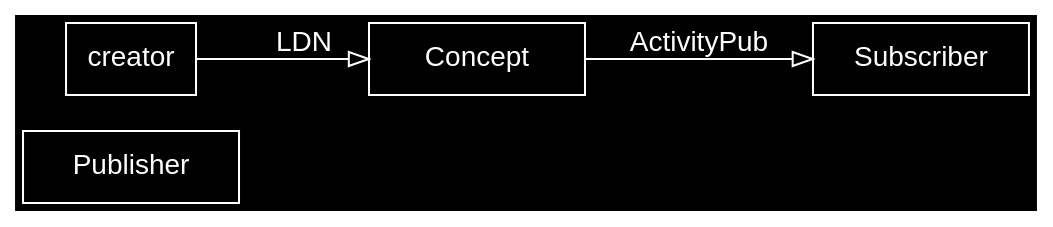
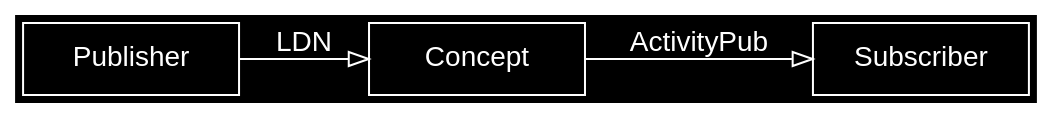
One commit to acka47/apconf2020 changed the diagram in overview.dot. Above: the diagram before and after it, drawn with Graphviz. The commit also changed 1 other file, not shown here.

```diff
--- a/overview.dot
+++ b/overview.dot
@@ -1,16 +1,16 @@
 digraph protocols {
     rankdir="LR"
     compound=true
 	node[shape=box color=white fontcolor=white fontname=helvetica]
 	graph [bgcolor="#000000" color=white fontcolor=white fontname=helvetica]
 	edge[color=white fontcolor=white fontname=helvetica]
 	edge[arrowhead=empty arrowtail=empty]
 	splines=false
 
 	publisher[label="Publisher" width=1.5]
     concept[label="Concept" width=1.5]
     subscriber[label="Subscriber" width=1.5]
 
-	creator->concept[label="LDN"]
+	publisher->concept[label="LDN"]
 	concept->subscriber[label="ActivityPub"]
 }
```
